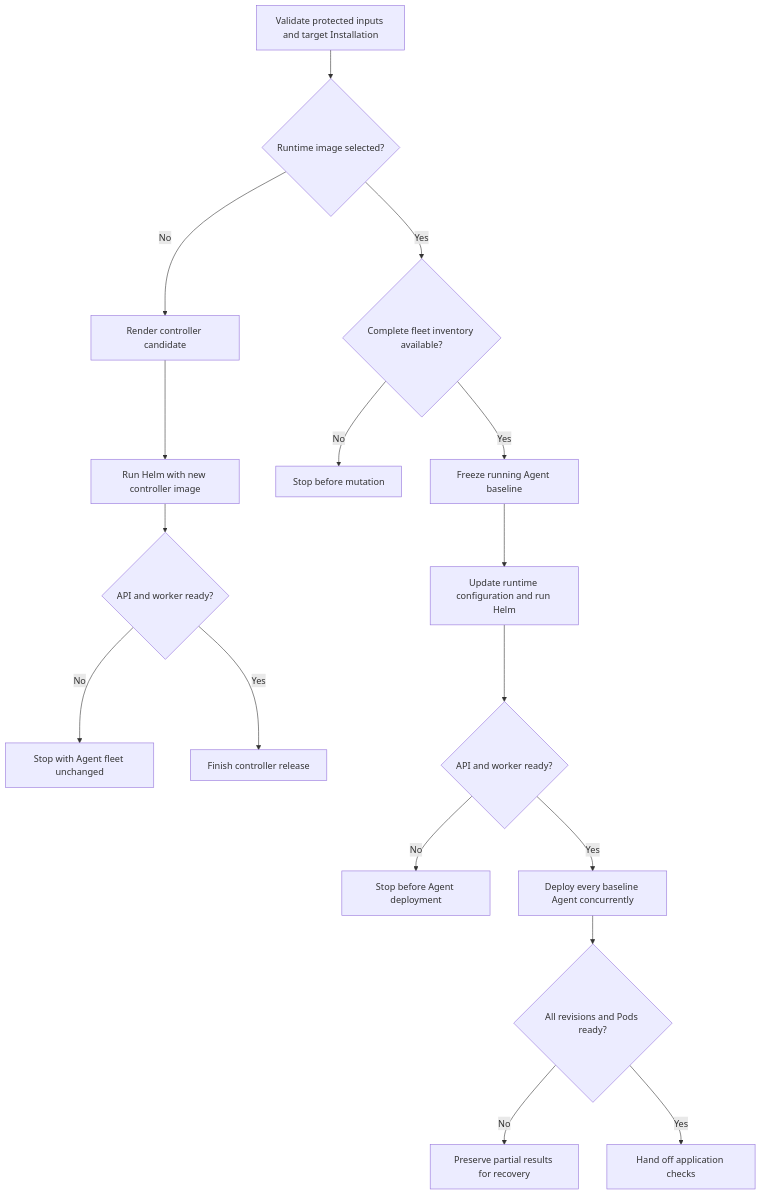
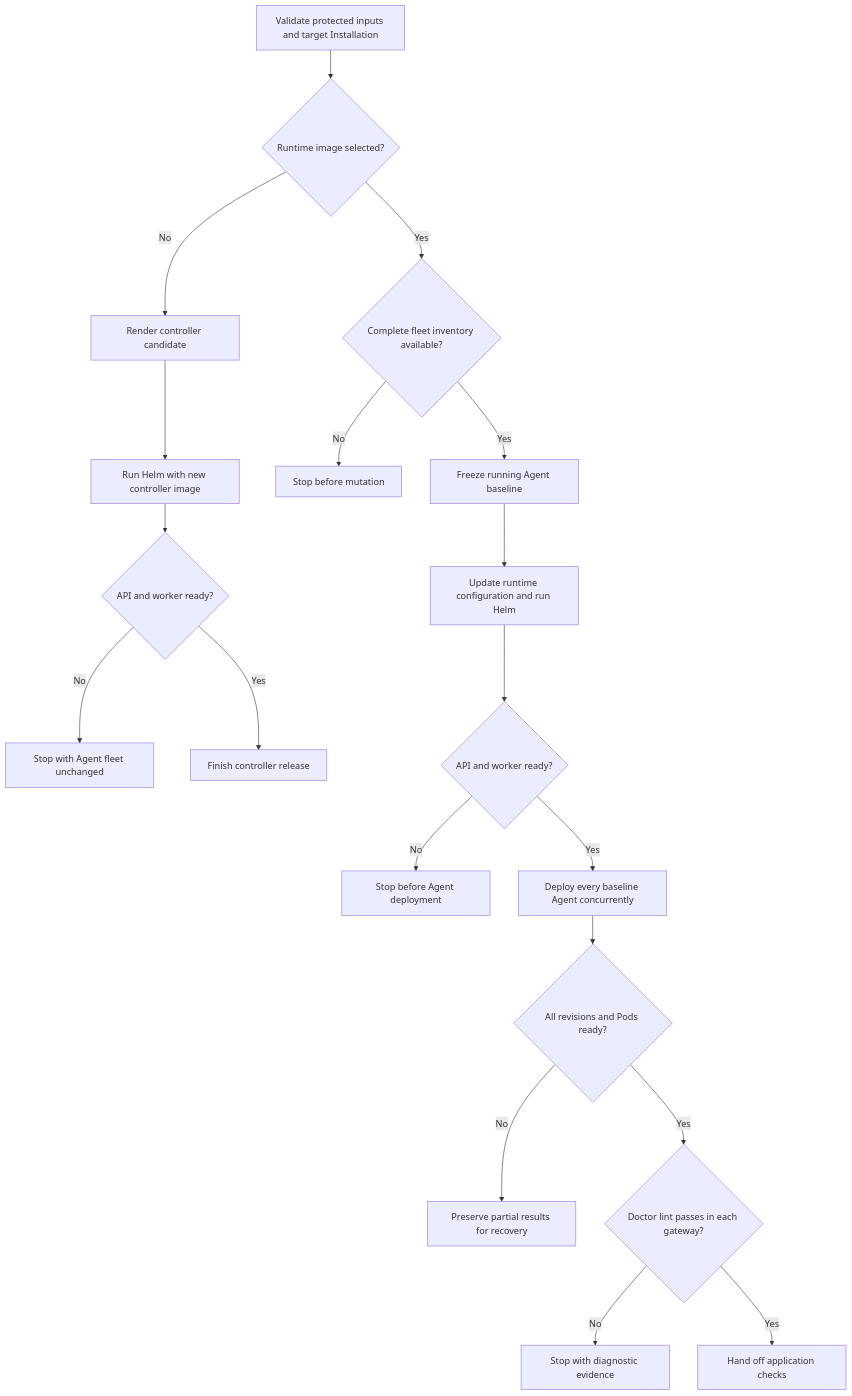
Before and after one commit to IsaiahStapleton/openclaw-enterprise: the diagram in docs/flows/coordinated-production-upgrade.md, drawn with Mermaid. The commit also changed other lines of this file and 4 other files, not shown here.

````diff
--- a/docs/flows/coordinated-production-upgrade.md
+++ b/docs/flows/coordinated-production-upgrade.md
@@ -30,19 +31,21 @@
 ```mermaid
 graph TD
     A["Validate protected inputs and target Installation"] --> B{"Runtime image selected?"}
     B -->|No| C["Render controller candidate"]
     C --> D["Run Helm with new controller image"]
     D --> E{"API and worker ready?"}
     E -->|No| F["Stop with Agent fleet unchanged"]
     E -->|Yes| G["Finish controller release"]
     B -->|Yes| H{"Complete fleet inventory available?"}
     H -->|No| I["Stop before mutation"]
     H -->|Yes| J["Freeze running Agent baseline"]
     J --> K["Update runtime configuration and run Helm"]
     K --> L{"API and worker ready?"}
     L -->|No| M["Stop before Agent deployment"]
     L -->|Yes| N["Deploy every baseline Agent concurrently"]
     N --> O{"All revisions and Pods ready?"}
     O -->|No| P["Preserve partial results for recovery"]
-    O -->|Yes| Q["Hand off application checks"]
+    O -->|Yes| Q{"Doctor lint passes in each gateway?"}
+    Q -->|No| R["Stop with diagnostic evidence"]
+    Q -->|Yes| S["Hand off application checks"]
 ```
````
